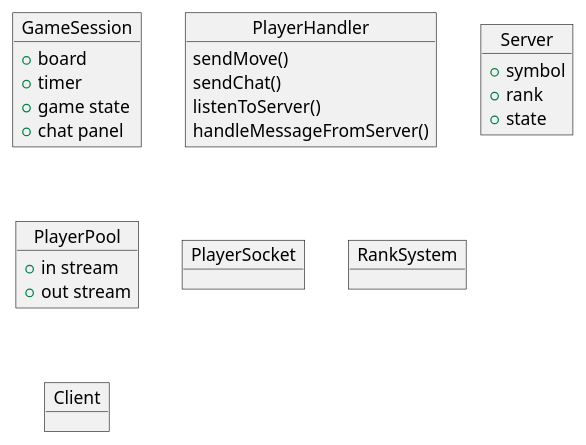
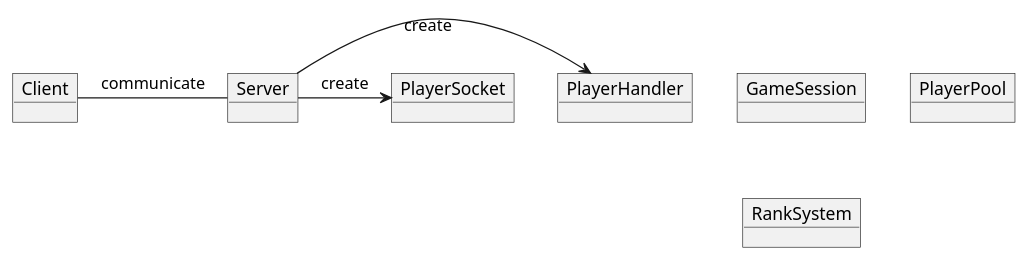
Before and after one commit to DevsimX/TicTacToeGame: the diagram in uml/server structure.puml, drawn with PlantUML. The commit also changed 5 other files, not shown here.

```diff
--- a/uml/server structure.puml
+++ b/uml/server structure.puml
@@ -1,31 +1,21 @@
 @startuml
 'https://plantuml.com/object-diagram
 
 object GameSession{
-+board
-+timer
-+game state
-+chat panel
 }
 object PlayerHandler{
-sendMove()
-sendChat()
-listenToServer()
-handleMessageFromServer()
 }
 object Server{
-+symbol
-+rank
-+state
 }
 object PlayerPool{
-+in stream
-+out stream
 }
 object PlayerSocket{
 }
 object RankSystem{
 }
 object Client
 
+Client - Server: communicate
+Server -> PlayerHandler: create
+Server -> PlayerSocket: create
 @enduml
```
